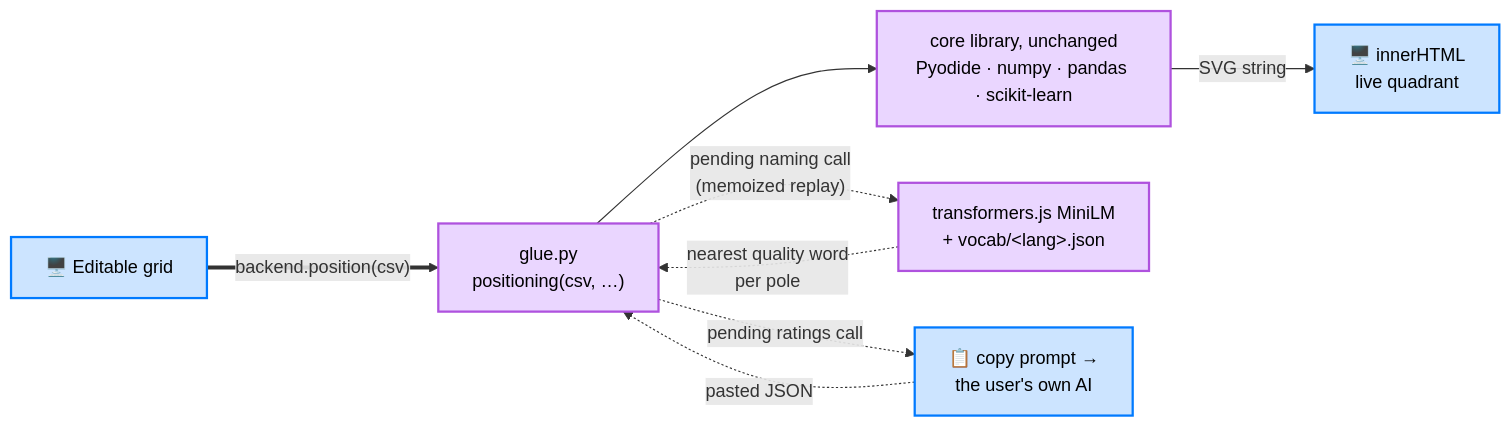
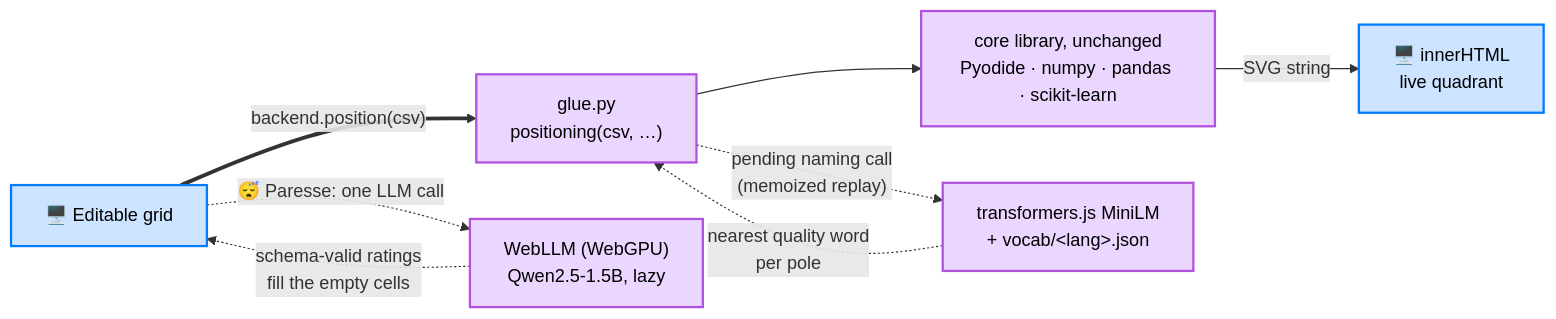
One commit to warith-harchaoui/standpoint changed the second of 2 diagrams in GUI.md. Above: the diagram before and after it, drawn with Mermaid. The commit also changed other lines of this file and 10 other files, not shown here.

First line of the commit message:
Laziness: one in-browser LLM call fills the empty cells, nothing else

````diff
--- a/GUI.md
+++ b/GUI.md
@@ -128,16 +128,16 @@
 ```mermaid
 flowchart LR
     grid["🖥️ Editable grid"] ==>|"backend.position(csv)"| glue["glue.py<br/>positioning(csv, …)"]
     glue --> lib["core library, unchanged<br/>Pyodide · numpy · pandas · scikit-learn"]
     lib -->|"SVG string"| embed["🖥️ innerHTML<br/>live quadrant"]
     glue -.->|"pending naming call<br/>(memoized replay)"| emb["transformers.js MiniLM<br/>+ vocab/&lt;lang&gt;.json"]
     emb -.->|"nearest quality word<br/>per pole"| glue
-    glue -.->|"pending ratings call"| user["📋 copy prompt →<br/>the user's own AI"]
-    user -.->|"pasted JSON"| glue
+    grid -.->|"😴 Paresse: one LLM call"| llm["WebLLM (WebGPU)<br/>Qwen2.5-1.5B, lazy"]
+    llm -.->|"schema-valid ratings<br/>fill the empty cells"| grid
 
     %% "Good Colors" palette: https://harchaoui.org/warith/colors/
     classDef browser fill:#CCE4FF,stroke:#007AFF,color:#000000,stroke-width:2px;
     classDef wasm fill:#EAD6FF,stroke:#AF52DE,color:#000000,stroke-width:2px;
-    class grid,embed,user browser;
-    class glue,lib,emb wasm;
+    class grid,embed browser;
+    class glue,lib,emb,llm wasm;
 ```
````
